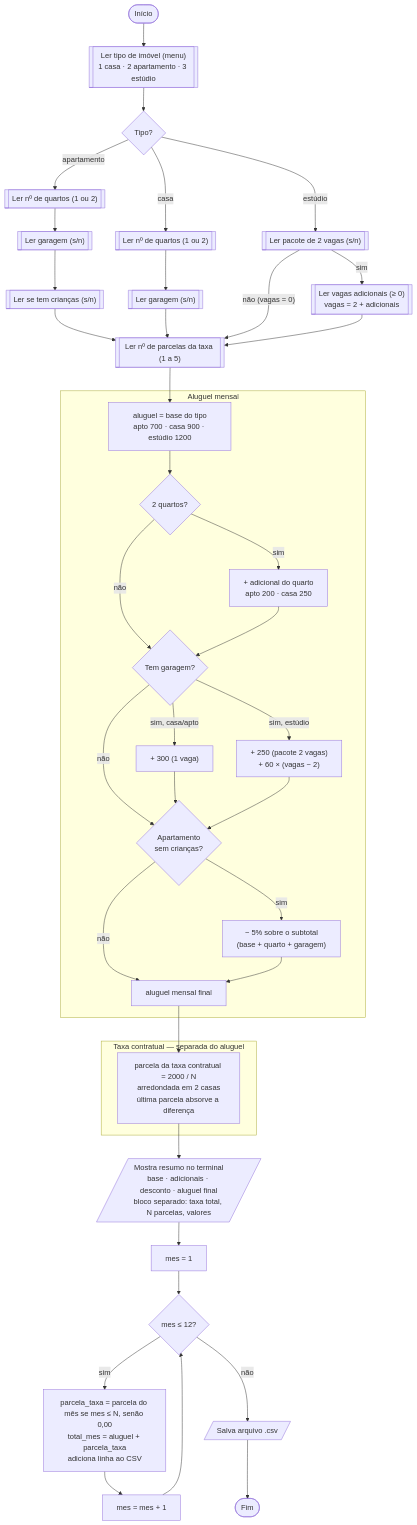
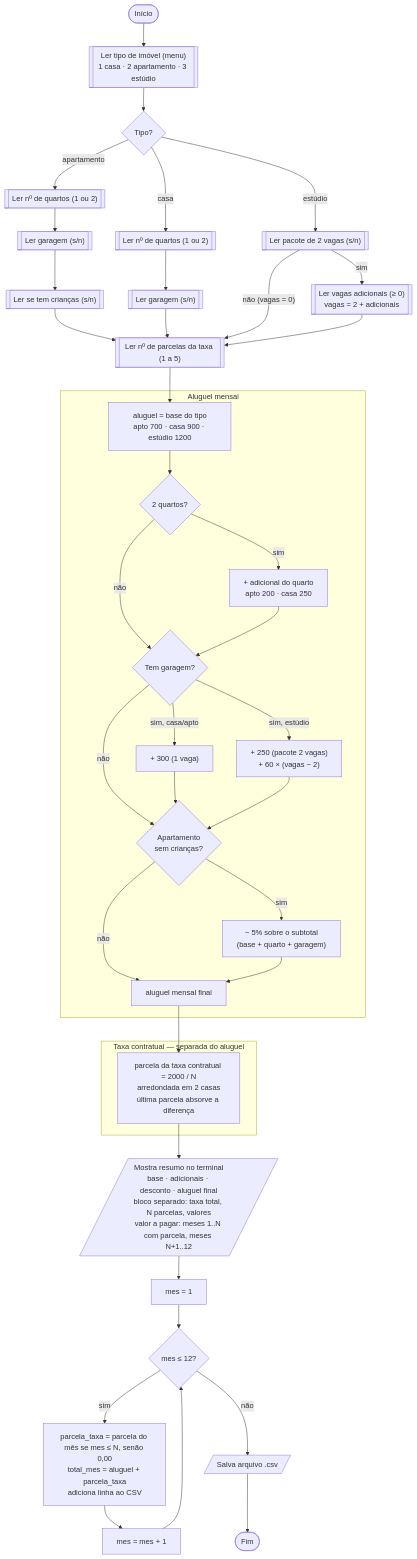
Before and after one commit to Roberth-Souza/rentsmart: the first of 2 diagrams in FLUXOGRAMA.md, drawn with Mermaid. The commit also changed 1 other file, not shown here.

Commit message:
feat: add terminal summary and csv export

````diff
--- a/FLUXOGRAMA.md
+++ b/FLUXOGRAMA.md
@@ -8,54 +8,54 @@
 ```mermaid
 flowchart TD
     INI([Início]) --> TIPO[["Ler tipo de imóvel (menu)<br/>1 casa · 2 apartamento · 3 estúdio"]]
     TIPO --> QUAL{"Tipo?"}
 
     QUAL -->|apartamento| AQ[["Ler nº de quartos (1 ou 2)"]]
     AQ --> AG[["Ler garagem (s/n)"]]
     AG --> AC[["Ler se tem crianças (s/n)"]]
 
     QUAL -->|casa| CQ[["Ler nº de quartos (1 ou 2)"]]
     CQ --> CG[["Ler garagem (s/n)"]]
 
     QUAL -->|estúdio| EP[["Ler pacote de 2 vagas (s/n)"]]
     EP -->|sim| EA[["Ler vagas adicionais (≥ 0)<br/>vagas = 2 + adicionais"]]
 
     AC --> PARC[["Ler nº de parcelas da taxa (1 a 5)"]]
     CG --> PARC
     EP -->|"não (vagas = 0)"| PARC
     EA --> PARC
 
     subgraph ALUGUEL ["Aluguel mensal"]
         BASE["aluguel = base do tipo<br/>apto 700 · casa 900 · estúdio 1200"]
         BASE --> Q2{"2 quartos?"}
         Q2 -->|sim| ADQ["+ adicional do quarto<br/>apto 200 · casa 250"]
         Q2 -->|não| GAR{"Tem garagem?"}
         ADQ --> GAR
 
         GAR -->|"sim, casa/apto"| G1["+ 300 (1 vaga)"]
         GAR -->|"sim, estúdio"| G2["+ 250 (pacote 2 vagas)<br/>+ 60 × (vagas − 2)"]
         GAR -->|não| DESC{"Apartamento<br/>sem crianças?"}
         G1 --> DESC
         G2 --> DESC
 
         DESC -->|sim| D5["− 5% sobre o subtotal<br/>(base + quarto + garagem)"]
         DESC -->|não| FINAL["aluguel mensal final"]
         D5 --> FINAL
     end
 
     subgraph TAXA_CONTRATUAL ["Taxa contratual — separada do aluguel"]
         TAXA["parcela da taxa contratual = 2000 / N<br/>arredondada em 2 casas<br/>última parcela absorve a diferença"]
     end
 
     PARC --> BASE
     FINAL --> TAXA
-    TAXA --> RES[/"Mostra resumo no terminal<br/>base · adicionais · desconto · aluguel final<br/>bloco separado: taxa total, N parcelas, valores"/]
+    TAXA --> RES[/"Mostra resumo no terminal<br/>base · adicionais · desconto · aluguel final<br/>bloco separado: taxa total, N parcelas, valores<br/>valor a pagar: meses 1..N com parcela, meses N+1..12"/]
 
     RES --> M1["mes = 1"]
     M1 --> MQ{"mes ≤ 12?"}
     MQ -->|sim| LIN["parcela_taxa = parcela do mês se mes ≤ N, senão 0,00<br/>total_mes = aluguel + parcela_taxa<br/>adiciona linha ao CSV"]
     LIN --> INC["mes = mes + 1"]
     INC --> MQ
     MQ -->|não| CSV[/"Salva arquivo .csv"/]
     CSV --> FIM([Fim])
 ```
````
